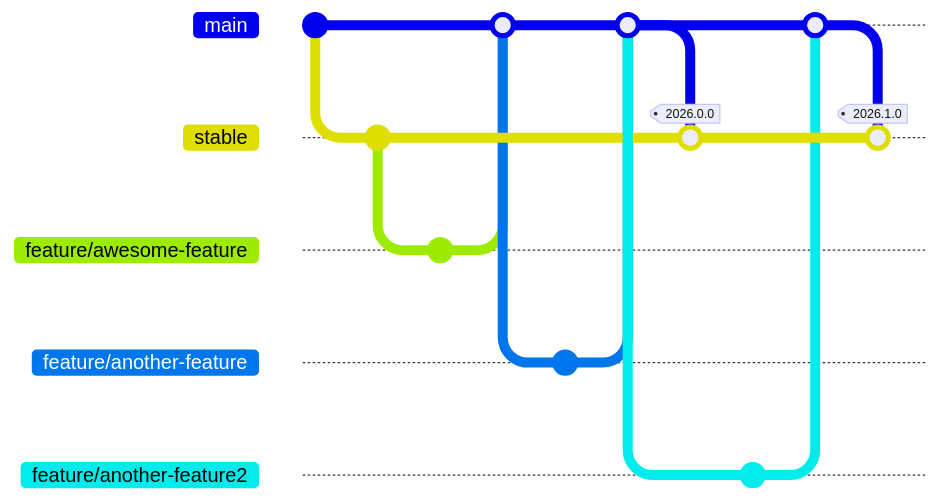
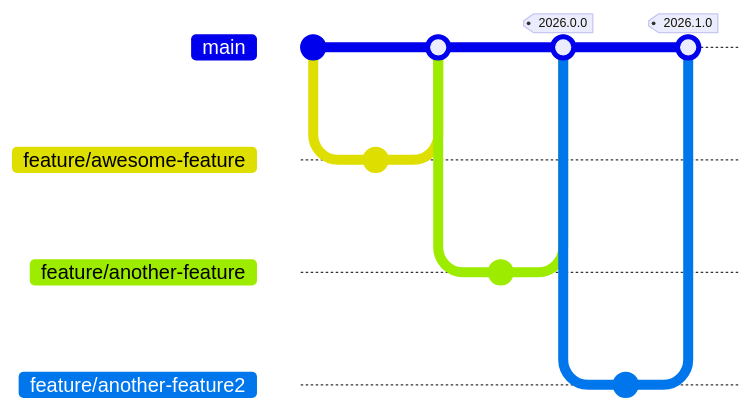
Before and after one commit to it-at-m/refarch: the second of 2 diagrams in docs/support/release-strategy.md, drawn with Mermaid. The commit also changed other lines of this file, not shown here. Commit ids are hidden.

````diff
--- a/docs/support/release-strategy.md
+++ b/docs/support/release-strategy.md
@@ -52,28 +50,22 @@
 ```mermaid
 ---
 config:
   gitGraph:
     showCommitLabel: false
 ---
 gitGraph
     commit
-    branch stable
-    commit
     branch feature/awesome-feature
     commit
     checkout main
     merge feature/awesome-feature
     branch feature/another-feature
     commit
     checkout main
-    merge feature/another-feature
-    checkout stable
-    merge main tag: "2026.0.0"
+    merge feature/another-feature tag: "2026.0.0"
     checkout main
     branch feature/another-feature2
     commit
     checkout main
-    merge feature/another-feature2
-    checkout stable
-    merge main tag: "2026.1.0"
+    merge feature/another-feature2 tag: "2026.1.0"
 ```
````
